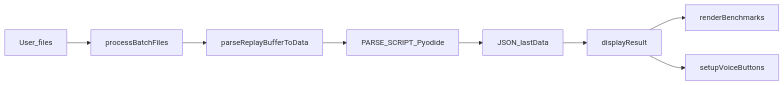
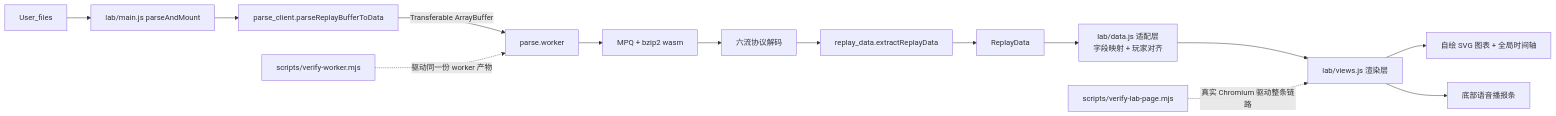
The diagram in docs/MAINTENANCE.md (ProbiusOfficial/sc2replay_online_analysis), drawn with Mermaid before and after one commit. The commit also changed other lines of this file and 187 other files, not shown here.

````diff
--- a/docs/MAINTENANCE.md
+++ b/docs/MAINTENANCE.md
@@ -56,10 +102,16 @@
 ```mermaid
 flowchart LR
-  userFiles[User_files] --> processBatch[processBatchFiles]
-  processBatch --> parseBuf[parseReplayBufferToData]
-  parseBuf --> py[PARSE_SCRIPT_Pyodide]
-  py --> json[JSON_lastData]
-  json --> display[displayResult]
-  display --> charts[renderBenchmarks]
-  display --> voiceBtns[setupVoiceButtons]
+  userFiles[User_files] --> parseAndMount[lab/main.js parseAndMount]
+  parseAndMount --> parseClient[parse_client.parseReplayBufferToData]
+  parseClient -->|Transferable ArrayBuffer| worker[parse.worker]
+  worker --> mpq[MPQ + bzip2 wasm]
+  mpq --> decode[六流协议解码]
+  decode --> assemble[replay_data.extractReplayData]
+  assemble --> json[ReplayData]
+  json --> adapt[lab/data.js 适配层<br/>字段映射 + 玩家对齐]
+  adapt --> views[lab/views.js 渲染层]
+  views --> charts[自绘 SVG 图表 + 全局时间轴]
+  views --> voice[底部语音播报条]
+  lab[scripts/verify-lab-page.mjs] -.->|真实 Chromium 驱动整条链路| views
+  bench[scripts/verify-worker.mjs] -.->|驱动同一份 worker 产物| worker
 ```
````
